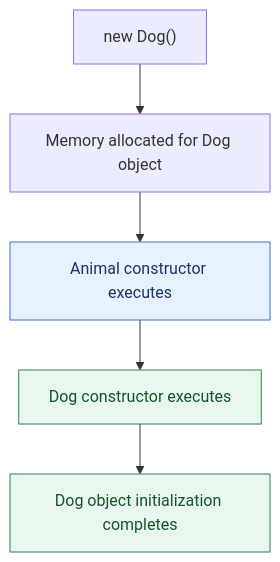
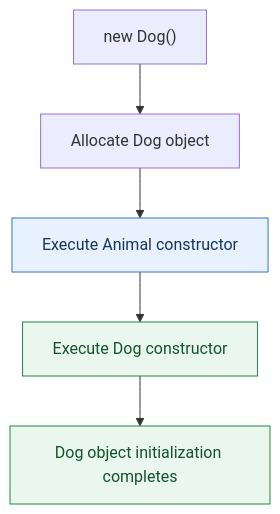
One commit to VivekCodes07/TheDSAJournal changed the seventh of 11 diagrams in src/J08_ObjectOrientedProgramming/L11_AutoBoxingAndPOJOs/README.md. Above: the diagram before and after it, drawn with Mermaid. The commit also changed other lines of this file and 19 other files, not shown here.

````diff
--- a/src/J08_ObjectOrientedProgramming/L11_AutoBoxingAndPOJOs/README.md
+++ b/src/J08_ObjectOrientedProgramming/L11_AutoBoxingAndPOJOs/README.md
@@ -1199,11 +1253,11 @@
 ```mermaid
 flowchart TD
-    A["new Dog()"] --> B["Memory allocated for Dog object"]
-    B --> C["Animal constructor executes"]
-    C --> D["Dog constructor executes"]
+    A["new Dog()"] --> B["Allocate Dog object"]
+    B --> C["Execute Animal constructor"]
+    C --> D["Execute Dog constructor"]
     D --> E["Dog object initialization completes"]
 
     style C fill:#E8F1FF,stroke:#3973C6,color:#17365D
     style D fill:#E9F7EF,stroke:#27834A,color:#14532D
     style E fill:#E9F7EF,stroke:#27834A,color:#14532D
 ```
````
